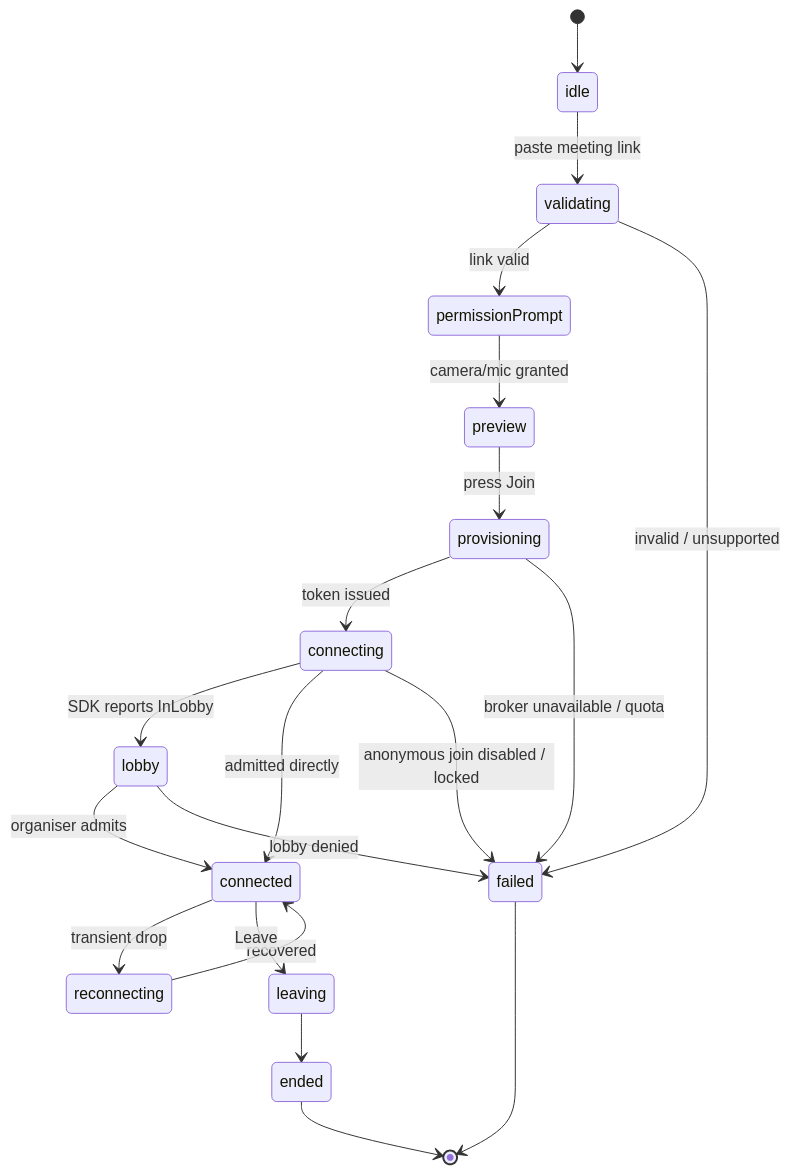
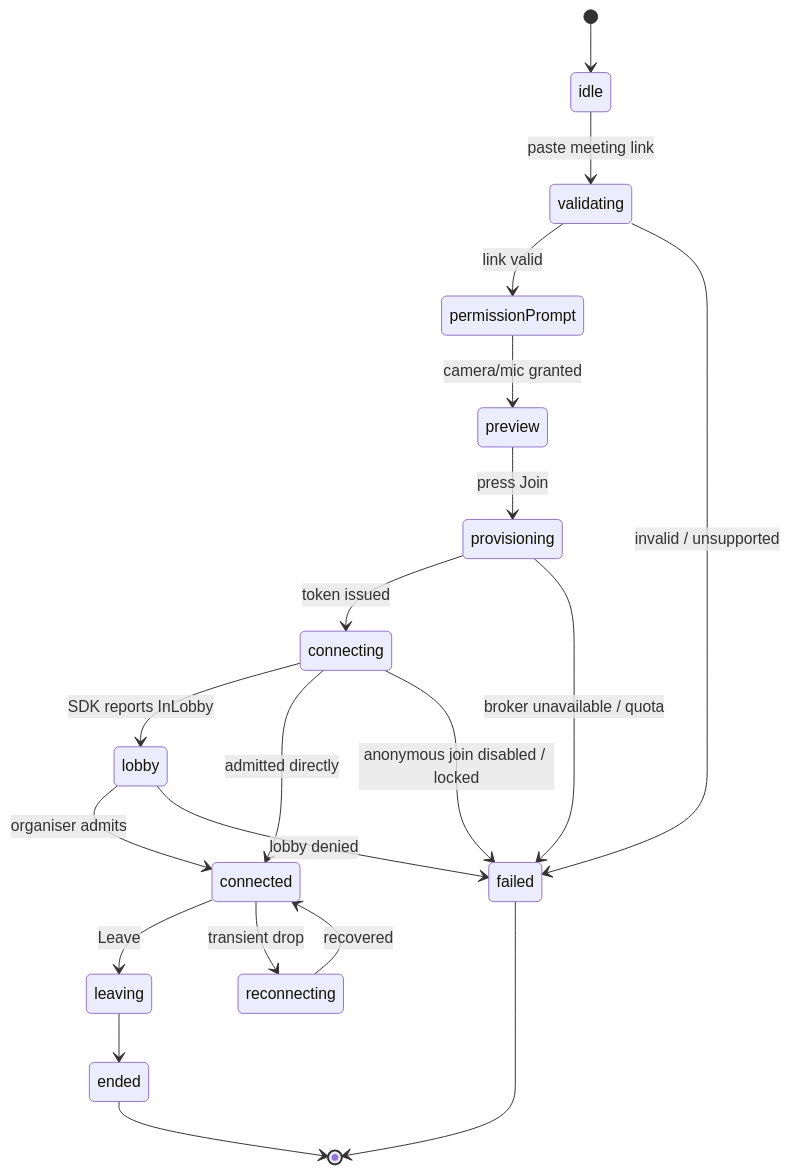
One commit to brennodewinter/Ocideck changed the second of 3 diagrams in docs/design/TEAMS_GUEST_CLIENT.md. Above: the diagram before and after it, drawn with Mermaid. The commit also changed other lines of this file and 1 other file, not shown here.

First line of the commit message:
docs(diagrams): twee layout-verbeteringen na visuele keuring

````diff
--- a/docs/design/TEAMS_GUEST_CLIENT.md
+++ b/docs/design/TEAMS_GUEST_CLIENT.md
@@ -517,22 +517,22 @@
 ```mermaid
 stateDiagram-v2
     [*] --> idle
     idle --> validating: paste meeting link
     validating --> permissionPrompt: link valid
     permissionPrompt --> preview: camera/mic granted
     preview --> provisioning: press Join
     provisioning --> connecting: token issued
     connecting --> lobby: SDK reports InLobby
     connecting --> connected: admitted directly
     lobby --> connected: organiser admits
+    connected --> leaving: Leave
+    leaving --> ended
     connected --> reconnecting: transient drop
     reconnecting --> connected: recovered
-    connected --> leaving: Leave
-    leaving --> ended
     validating --> failed: invalid / unsupported
     provisioning --> failed: broker unavailable / quota
     connecting --> failed: anonymous join disabled / locked
     lobby --> failed: lobby denied
     ended --> [*]
     failed --> [*]
 ```
````
